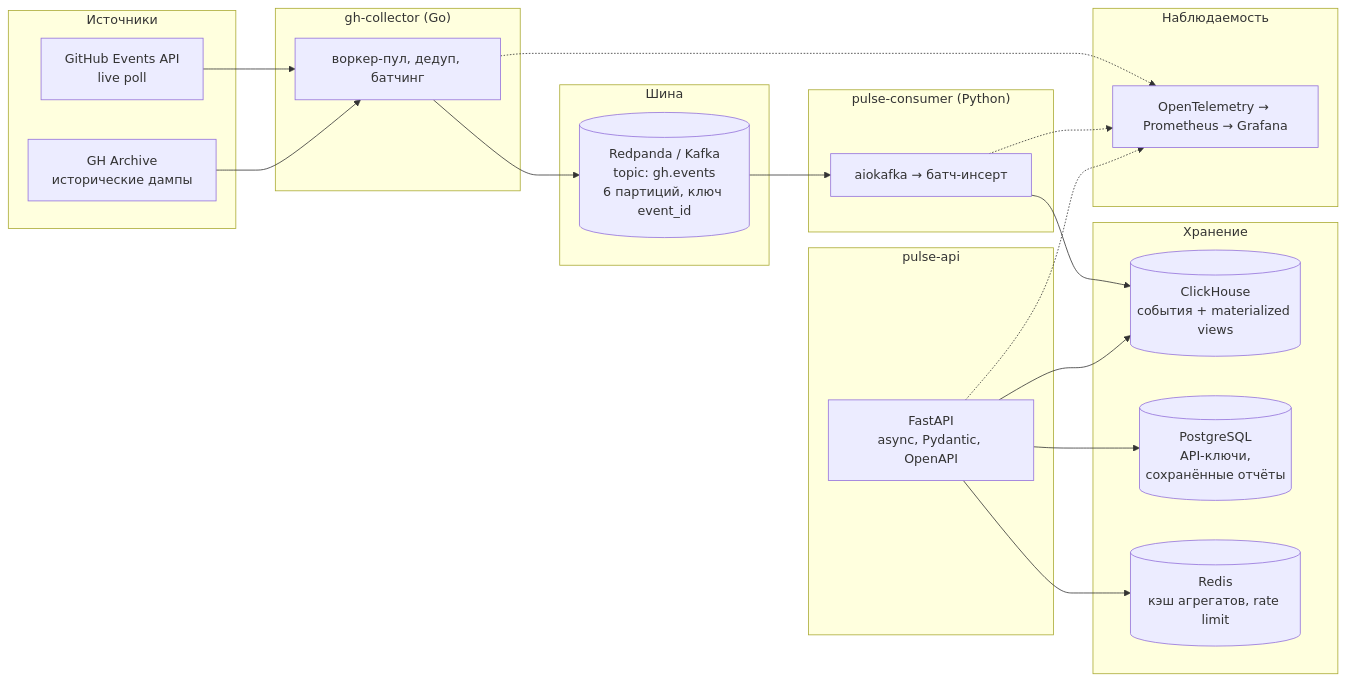
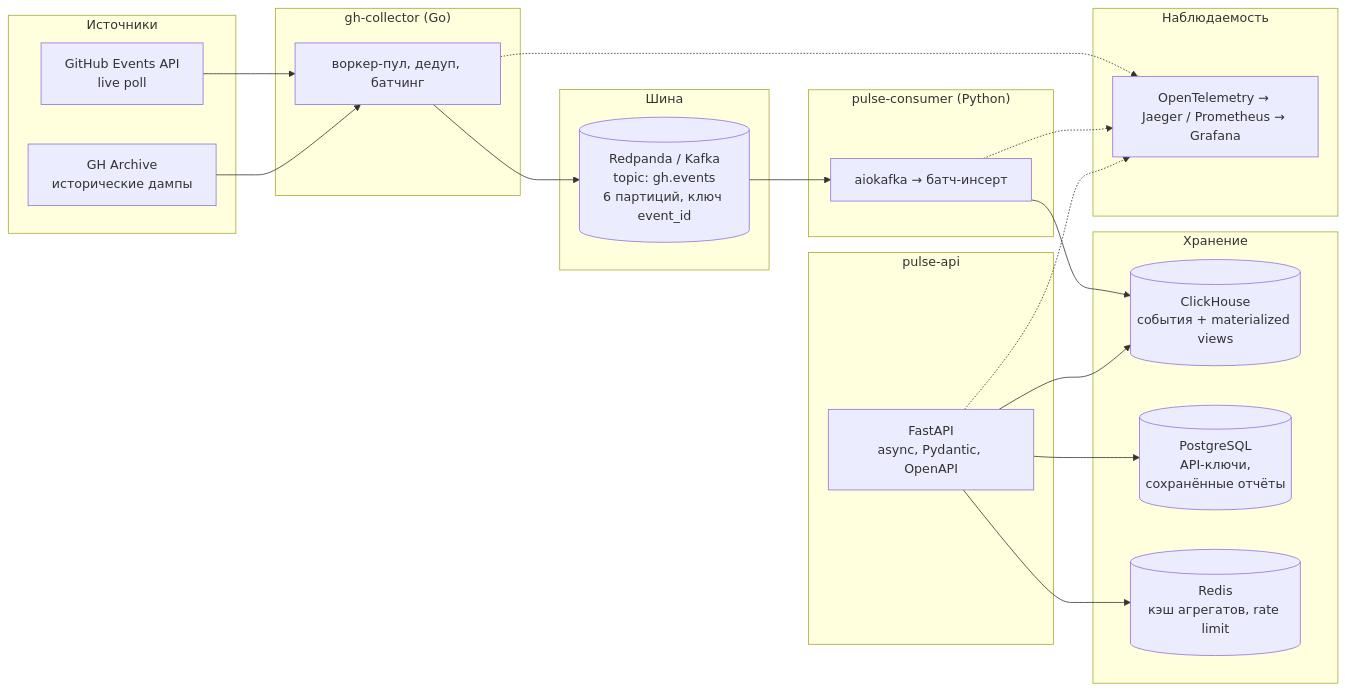
The diagram in docs/ARCHITECTURE.md (KrimsN/gh-pulse), drawn with Mermaid before and after one commit. The commit also changed other lines of this file and 18 other files, not shown here.

First line of the commit message:
feat: добавить OpenTelemetry-трассировку по трём сервисам с экспортом в Jaeger

````diff
--- a/docs/ARCHITECTURE.md
+++ b/docs/ARCHITECTURE.md
@@ -18,45 +18,45 @@
 ```mermaid
 flowchart LR
     subgraph Источники
         A1[GitHub Events API<br/>live poll]
         A2[GH Archive<br/>исторические дампы]
     end
 
     subgraph "gh-collector (Go)"
         B[воркер-пул, дедуп, батчинг]
     end
 
     subgraph Шина
         K[(Redpanda / Kafka<br/>topic: gh.events<br/>6 партиций, ключ event_id)]
     end
 
     subgraph "pulse-consumer (Python)"
         C[aiokafka → батч-инсерт]
     end
 
     subgraph Хранение
         CH[(ClickHouse<br/>события + materialized views)]
         PG[(PostgreSQL<br/>API-ключи,<br/>сохранённые отчёты)]
         R[(Redis<br/>кэш агрегатов, rate limit)]
     end
 
     subgraph "pulse-api"
         F[FastAPI<br/>async, Pydantic, OpenAPI]
     end
 
     subgraph Наблюдаемость
-        O[OpenTelemetry → Prometheus → Grafana]
+        O[OpenTelemetry → Jaeger / Prometheus → Grafana]
     end
 
     A1 --> B
     A2 --> B
     B --> K
     K --> C
     C --> CH
     F --> CH
     F --> PG
     F --> R
     B -.-> O
     C -.-> O
     F -.-> O
 ```
````
